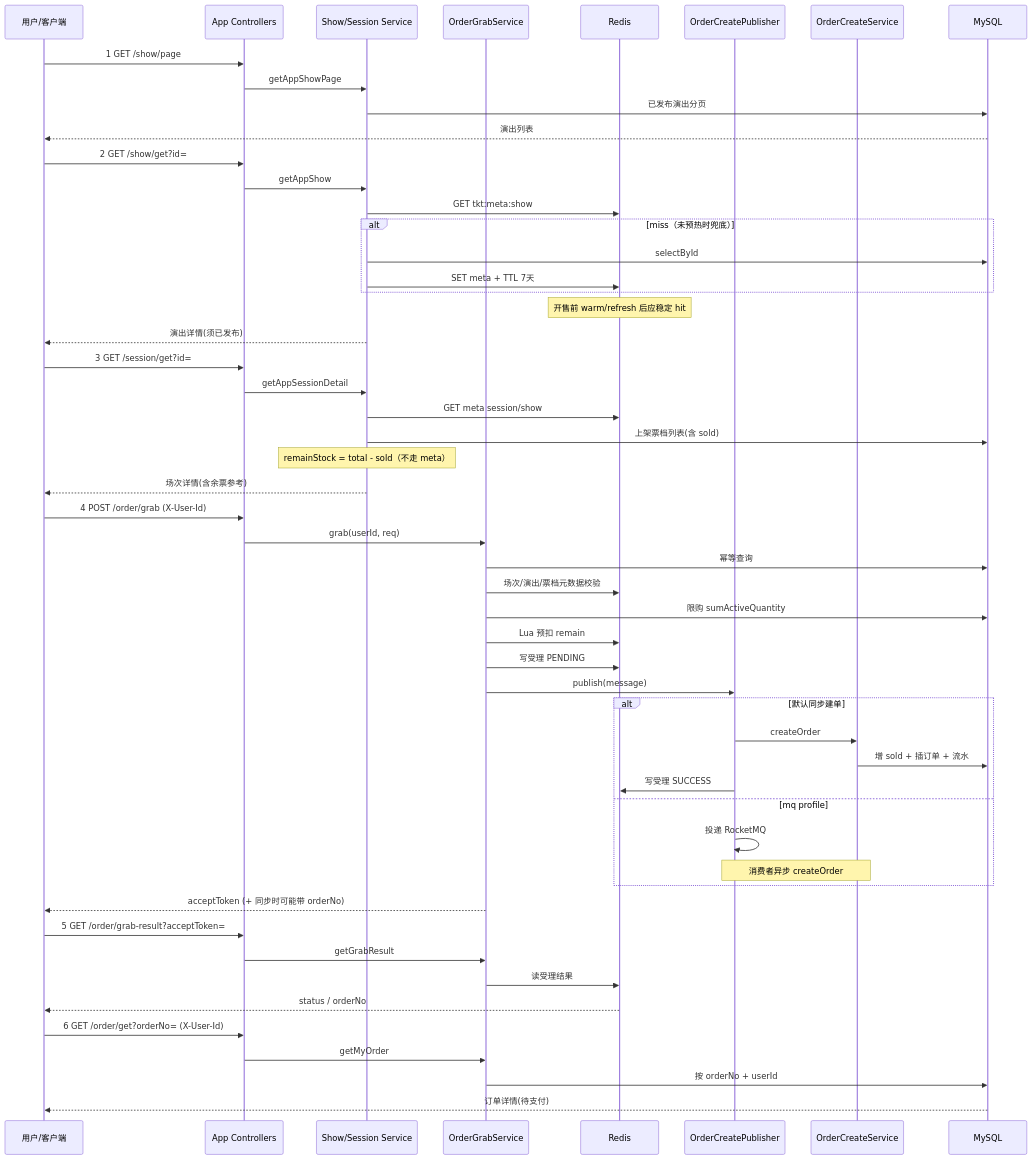
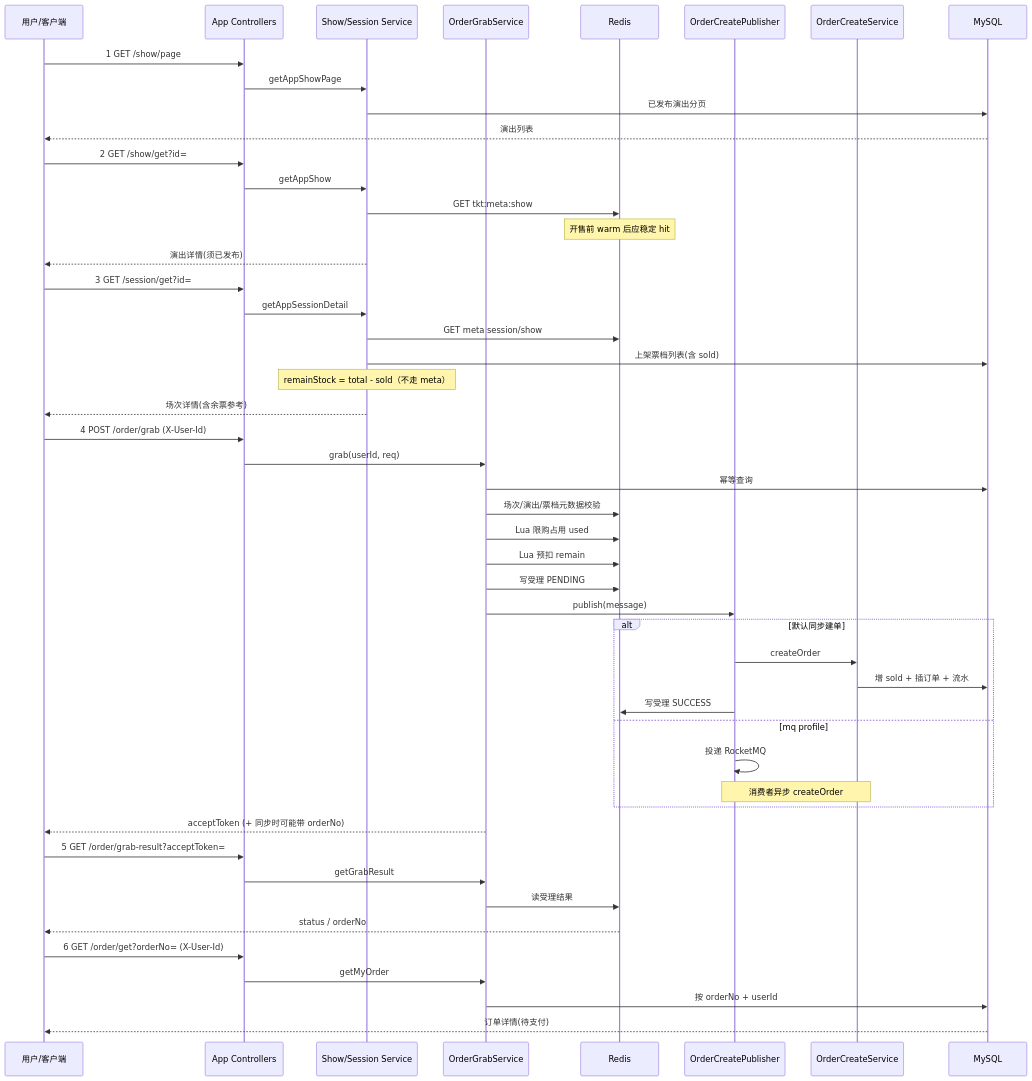
The second of 14 diagrams in docs/讲解/用户浏览与抢票全链路说明.md (Pderi/High-Concurrency-Project), drawn with Mermaid before and after one commit. The commit also changed other lines of this file and 11 other files, not shown here.

````diff
--- a/docs/讲解/用户浏览与抢票全链路说明.md
+++ b/docs/讲解/用户浏览与抢票全链路说明.md
@@ -47,61 +79,57 @@
 ```mermaid
 sequenceDiagram
   participant U as 用户/客户端
   participant API as App Controllers
   participant S as Show/Session Service
   participant G as OrderGrabService
   participant R as Redis
   participant P as OrderCreatePublisher
   participant C as OrderCreateService
   participant DB as MySQL
 
   U->>API: 1 GET /show/page
   API->>S: getAppShowPage
   S->>DB: 已发布演出分页
   DB-->>U: 演出列表
 
   U->>API: 2 GET /show/get?id=
   API->>S: getAppShow
   S->>R: GET tkt:meta:show
-  alt miss（未预热时兜底）
-    S->>DB: selectById
-    S->>R: SET meta + TTL 7天
-  end
-  Note over R: 开售前 warm/refresh 后应稳定 hit
+  Note over R: 开售前 warm 后应稳定 hit
   S-->>U: 演出详情(须已发布)
 
   U->>API: 3 GET /session/get?id=
   API->>S: getAppSessionDetail
   S->>R: GET meta session/show
   S->>DB: 上架票档列表(含 sold)
   Note over S: remainStock = total - sold（不走 meta）
   S-->>U: 场次详情(含余票参考)
 
   U->>API: 4 POST /order/grab (X-User-Id)
   API->>G: grab(userId, req)
   G->>DB: 幂等查询
   G->>R: 场次/演出/票档元数据校验
-  G->>DB: 限购 sumActiveQuantity
+  G->>R: Lua 限购占用 used
   G->>R: Lua 预扣 remain
   G->>R: 写受理 PENDING
   G->>P: publish(message)
   alt 默认同步建单
     P->>C: createOrder
     C->>DB: 增 sold + 插订单 + 流水
     P->>R: 写受理 SUCCESS
   else mq profile
     P->>P: 投递 RocketMQ
     Note over P,C: 消费者异步 createOrder
   end
   G-->>U: acceptToken (+ 同步时可能带 orderNo)
 
   U->>API: 5 GET /order/grab-result?acceptToken=
   API->>G: getGrabResult
   G->>R: 读受理结果
   R-->>U: status / orderNo
 
   U->>API: 6 GET /order/get?orderNo= (X-User-Id)
   API->>G: getMyOrder
   G->>DB: 按 orderNo + userId
   DB-->>U: 订单详情(待支付)
 ```
````
